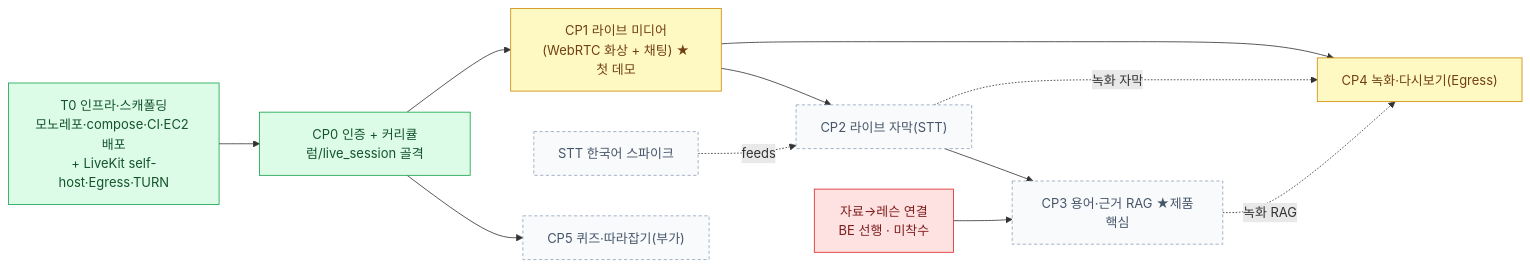
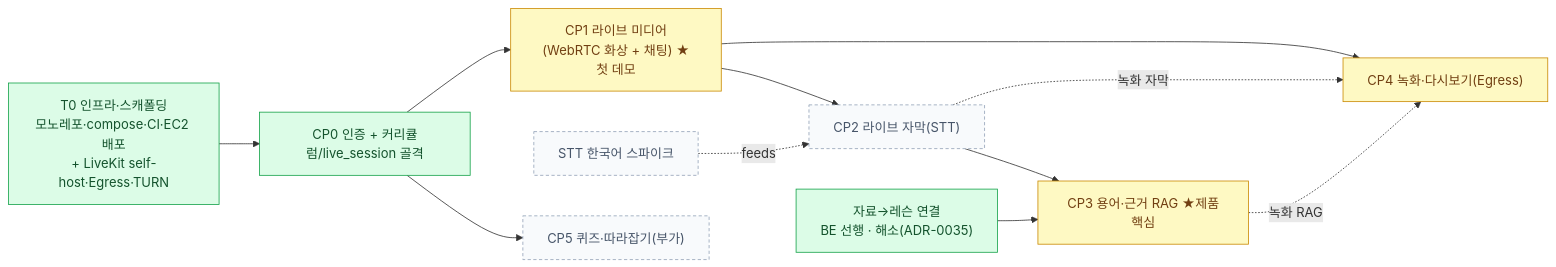
Before and after one commit to thdwjdrl401/jiphyeonjeon: the diagram in docs/CP-ROADMAP.md, drawn with Mermaid. The commit also changed other lines of this file and 2 other files, not shown here.

Commit message:
docs: 파이프라인 반영 문서 최신화 — CONTRACT §3-1/3-2·로드맵·ARCHITECTURE §9
- CONTRACT §3-1: envelope을 코드 정본으로 교체, 워커 파일 접근 B안(주문형 download-url·HMAC) 명시
- CONTRACT §3-2: 구현된 콜백 계약(HMAC·inbox 멱등·eventType 상태 매핑)으로 갱신
- CP-ROADMAP: 자료→레슨 차단 해소, CP3 BE 슬라이스 착수·CP4 웹훅 반영, RabbitMQ 각주 갱신
- ARCHITECTURE §9: 9-4(RabbitMQ 배선)·9-7(콜백)·9-9(웹훅 선행)·FE multipart 경고 해소 반영

````diff
--- a/docs/CP-ROADMAP.md
+++ b/docs/CP-ROADMAP.md
@@ -17,26 +17,25 @@
 ```mermaid
 flowchart LR
   classDef done fill:#dcfce7,stroke:#16a34a,color:#14532d
   classDef partial fill:#fef9c3,stroke:#ca8a04,color:#713f12
   classDef todo fill:#f8fafc,stroke:#94a3b8,color:#475569,stroke-dasharray:4 3
   classDef gap fill:#fee2e2,stroke:#dc2626,color:#7f1d1d
 
   T0["T0 인프라·스캐폴딩<br/>모노레포·compose·CI·EC2 배포<br/>+ LiveKit self-host·Egress·TURN"]
   SPK["STT 한국어 스파이크"]
-  MAT["자료→레슨 연결<br/>BE 선행 · 미착수"]
+  MAT["자료→레슨 연결<br/>BE 선행 · 해소(ADR-0035)"]
   T0 --> CP0["CP0 인증 + 커리큘럼/live_session 골격"]
   CP0 --> CP1["CP1 라이브 미디어<br/>(WebRTC 화상 + 채팅) ★첫 데모"]
   CP1 --> CP2["CP2 라이브 자막(STT)"]
   CP2 --> CP3["CP3 용어·근거 RAG ★제품핵심"]
   CP1 --> CP4["CP4 녹화·다시보기(Egress)"]
   CP0 --> CP5["CP5 퀴즈·따라잡기(부가)"]
   MAT --> CP3
   SPK -.feeds.-> CP2
   CP2 -.녹화 자막.-> CP4
   CP3 -.녹화 RAG.-> CP4
 
-  class T0,CP0 done
-  class CP1,CP4 partial
-  class CP2,CP3,CP5,SPK todo
-  class MAT gap
+  class T0,CP0,MAT done
+  class CP1,CP3,CP4 partial
+  class CP2,CP5,SPK todo
 ```
````
